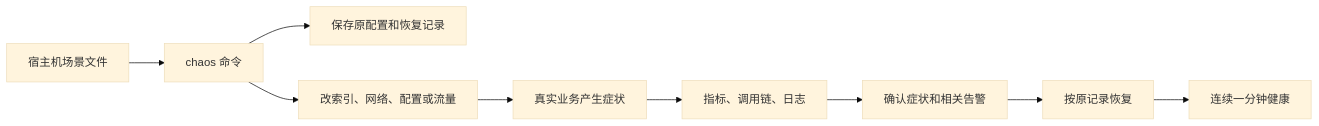
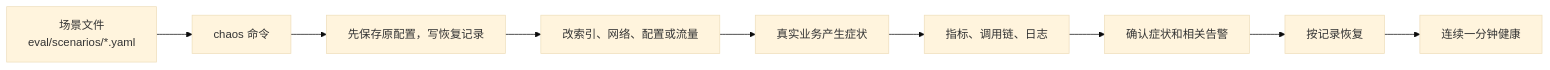
Before and after one commit to Li-Nepenthe/opsdoctor: the first of 2 diagrams in docs/learn/phase-04-chaos.md, drawn with Mermaid (base theme). The commit also changed other lines of this file, not shown here.

````diff
--- a/docs/learn/phase-04-chaos.md
+++ b/docs/learn/phase-04-chaos.md
@@ -26,11 +32,11 @@
 ```mermaid
 flowchart LR
-    Y[宿主机场景文件] --> C[chaos 命令]
-    C --> S[保存原配置和恢复记录]
-    C --> A[改索引、网络、配置或流量]
+    Y["场景文件<br/>eval/scenarios/*.yaml"] --> C[chaos 命令]
+    C --> S["先保存原配置，写恢复记录"]
+    S --> A[改索引、网络、配置或流量]
     A --> B[真实业务产生症状]
     B --> P[指标、调用链、日志]
     P --> V[确认症状和相关告警]
-    V --> R[按原记录恢复]
+    V --> R[按记录恢复]
     R --> H[连续一分钟健康]
 ```
````
